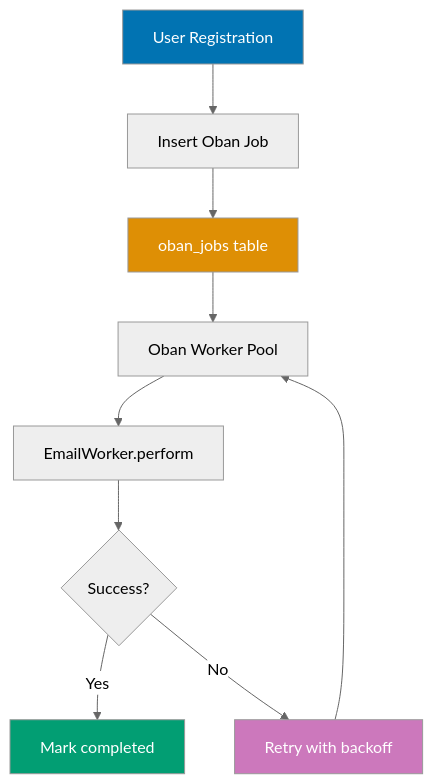
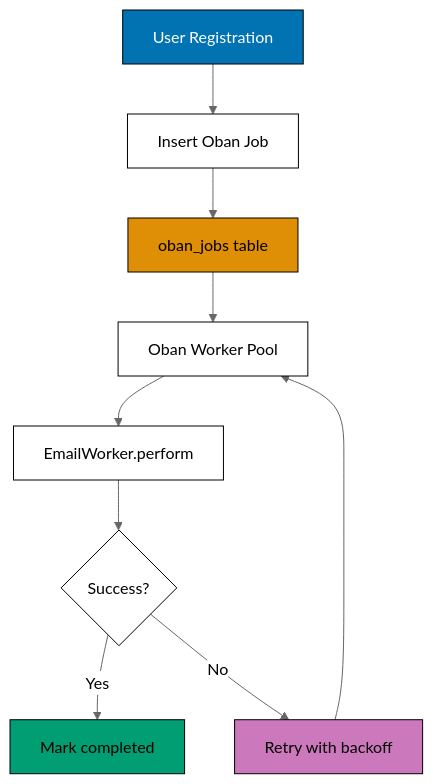
One commit to wahidyankf/ose-public changed the fifth of 10 diagrams in apps/ayokoding-www/content/en/learn/legacy/software-engineering/platforms/web/tools/elixir-phoenix/by-example/advanced.md. Above: the diagram before and after it, drawn with Mermaid (neutral theme). The commit also changed other lines of this file and 130 other files, not shown here.

First line of the commit message:
fix(mermaid): bring the legacy platforms diagrams onto the accessible palette

````diff
--- a/apps/ayokoding-www/content/en/learn/legacy/software-engineering/platforms/web/tools/elixir-phoenix/by-example/advanced.md
+++ b/apps/ayokoding-www/content/en/learn/legacy/software-engineering/platforms/web/tools/elixir-phoenix/by-example/advanced.md
@@ -695,17 +717,24 @@
 ```mermaid
 %% Oban job processing flow
 graph TD
+    accTitle: Example 58: Background Jobs with Oban
+    accDescr: Graph with 8 nodes and 8 connections. Nodes: User Registration, Insert Oban Job, oban_jobs table, Oban Worker Pool, EmailWorker.perform, Success?, Mark completed, Retry with backoff. Connections: User Registration to Insert Oban Job, Insert Oban Job to oban_jobs table, oban_jobs table to Oban Worker Pool, Oban Worker Pool to EmailWorker.perform, EmailWorker.perform to Success?, Success? to Mark completed (Yes), Success? to Retry with backoff (No), Retry with backoff to Oban Worker Pool.
     A[User Registration] --> B[Insert Oban Job]
     B --> C[oban_jobs table]
     C --> D[Oban Worker Pool]
     D --> E[EmailWorker.perform]
     E --> F{Success?}
     F -->|Yes| G[Mark completed]
     F -->|No| H[Retry with backoff]
     H --> D
 
-    style A fill:#0173B2,color:#fff
-    style C fill:#DE8F05,color:#fff
-    style G fill:#029E73,color:#fff
-    style H fill:#CC78BC,color:#fff
+    classDef pal-0173B2 fill:#0173B2,stroke:#000000,color:#FFFFFF
+    class A pal-0173B2
+    classDef pal-DE8F05 fill:#DE8F05,stroke:#000000,color:#000000
+    class C pal-DE8F05
+    classDef pal-029E73 fill:#029E73,stroke:#000000,color:#000000
+    class G pal-029E73
+    classDef pal-CC78BC fill:#CC78BC,stroke:#000000,color:#000000
+    class H pal-CC78BC
+    classDef default fill:#FFFFFF,stroke:#000000,color:#000000
 ```
````
